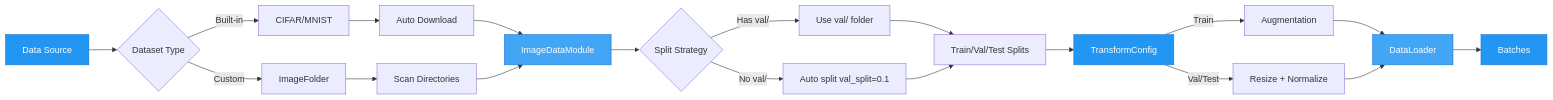
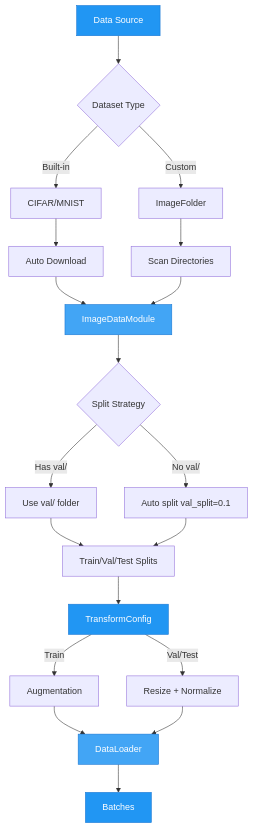
The diagram in docs/user-guide/data-loading/image-classification-data.md (theja-vanka/AutoTimm), drawn with Mermaid before and after one commit. The commit also changed 10 other files, not shown here.

Commit message:
refactor: mermaid diagrams

````diff
--- a/docs/user-guide/data-loading/image-classification-data.md
+++ b/docs/user-guide/data-loading/image-classification-data.md
@@ -7,37 +7,37 @@
 ```mermaid
-graph LR
+graph TD
     A[Data Source] --> B{Dataset Type}
     
     B -->|Built-in| C1[CIFAR/MNIST]
     B -->|Custom| C2[ImageFolder]
     
     C1 --> D[Auto Download]
     C2 --> E[Scan Directories]
     
     D --> F[ImageDataModule]
     E --> F
     
     F --> G{Split Strategy}
     
     G -->|Has val/| H1[Use val/ folder]
     G -->|No val/| H2[Auto split val_split=0.1]
     
     H1 --> I[Train/Val/Test Splits]
     H2 --> I
     
     I --> J[TransformConfig]
     
     J -->|Train| K1[Augmentation]
     J -->|Val/Test| K2[Resize + Normalize]
     
     K1 --> L[DataLoader]
     K2 --> L
     
     L --> M[Batches]
     
     style A fill:#2196F3,stroke:#1976D2,color:#fff
     style F fill:#42A5F5,stroke:#1976D2,color:#fff
     style J fill:#2196F3,stroke:#1976D2,color:#fff
     style L fill:#42A5F5,stroke:#1976D2,color:#fff
     style M fill:#2196F3,stroke:#1976D2,color:#fff
 ```
````
